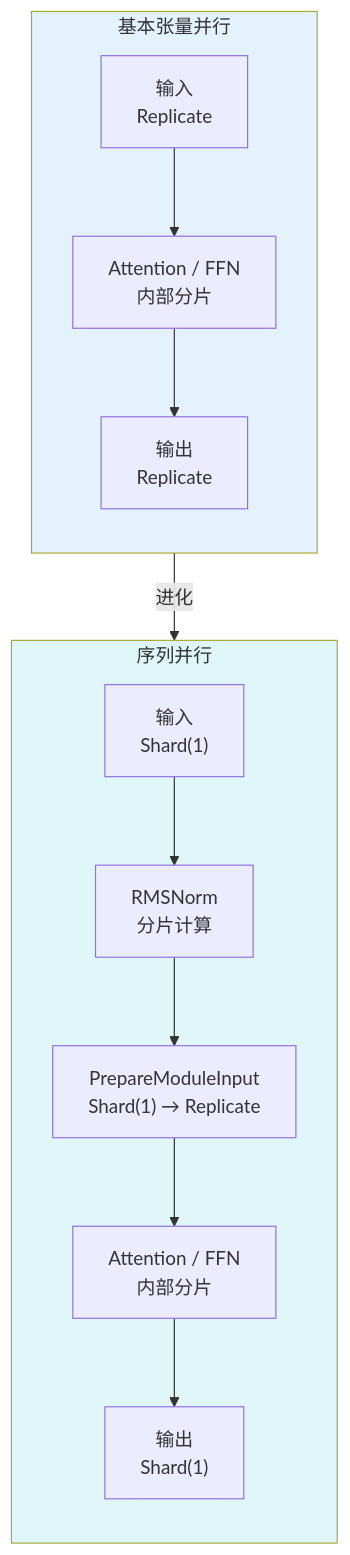
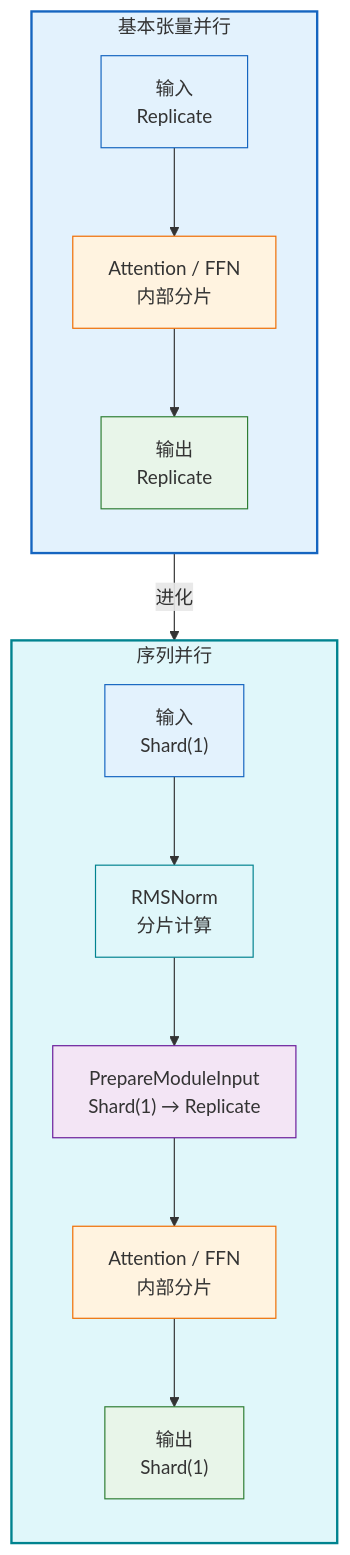
Diagram 16 of 18 in docs/fsdp2_tp_tutorial.md (jianzhnie/ScaleTorch), drawn with Mermaid before and after one commit. The commit also changed other lines of this file, not shown here.

First line of the commit message:
docs(fsdp2_tp_tutorial): refine mermaid diagrams and fix tutorial formatting

````diff
--- a/docs/fsdp2_tp_tutorial.md
+++ b/docs/fsdp2_tp_tutorial.md
@@ -1085,21 +1142,29 @@
 ```mermaid
 flowchart TB
- subgraph Baseline["基本张量并行"]
- direction TB
- B1["输入\nReplicate"] --> B2["Attention / FFN\n内部分片"]
- B2 --> B3["输出\nReplicate"]
- end
+    subgraph Baseline["基本张量并行"]
+        direction TB
+        B1["输入\nReplicate"] --> B2["Attention / FFN\n内部分片"]
+        B2 --> B3["输出\nReplicate"]
+    end
 
- subgraph SP["序列并行"]
- direction TB
- S1["输入\nShard(1)"] --> S2["RMSNorm\n分片计算"]
- S2 --> S3["PrepareModuleInput\nShard(1) → Replicate"]
- S3 --> S4["Attention / FFN\n内部分片"]
- S4 --> S5["输出\nShard(1)"]
- end
+    subgraph SP["序列并行"]
+        direction TB
+        S1["输入\nShard(1)"] --> S2["RMSNorm\n分片计算"]
+        S2 --> S3["PrepareModuleInput\nShard(1) → Replicate"]
+        S3 --> S4["Attention / FFN\n内部分片"]
+        S4 --> S5["输出\nShard(1)"]
+    end
 
- Baseline -->|"进化"| SP
+    Baseline -->|"进化"| SP
 
- style Baseline fill:#e3f2fd
- style SP fill:#e0f7fa
+    style Baseline fill:#e3f2fd,stroke:#1565c0,stroke-width:2px
+    style SP fill:#e0f7fa,stroke:#00838f,stroke-width:2px
+    style B1 fill:#e3f2fd,stroke:#1565c0
+    style B2 fill:#fff3e0,stroke:#ef6c00
+    style B3 fill:#e8f5e9,stroke:#2e7d32
+    style S1 fill:#e3f2fd,stroke:#1565c0
+    style S2 fill:#e0f7fa,stroke:#00838f
+    style S3 fill:#f3e5f5,stroke:#6a1b9a
+    style S4 fill:#fff3e0,stroke:#ef6c00
+    style S5 fill:#e8f5e9,stroke:#2e7d32
 ```
````
